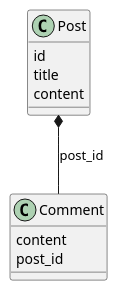
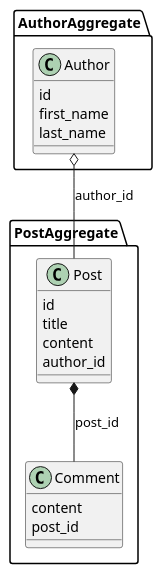
The diagram in postcommentexample.puml (chrshnv/jpoint-2026-spring-data-jdbc-demo), drawn with PlantUML before and after one commit. The commit also changed 6 other files, not shown here.

```diff
--- a/postcommentexample.puml
+++ b/postcommentexample.puml
@@ -1,14 +1,26 @@
 @startuml
+namespace PostAggregate {
 class Post {
 	id
 	title
 	content
+	author_id
 }
 
 class Comment {
 	content
 	post_id
 }
 
 Post *-- Comment: post_id
+}
+namespace AuthorAggregate {
+class Author {
+id
+first_name
+last_name
+}
+
+Author o-- Post: author_id
+}
 @enduml
```
